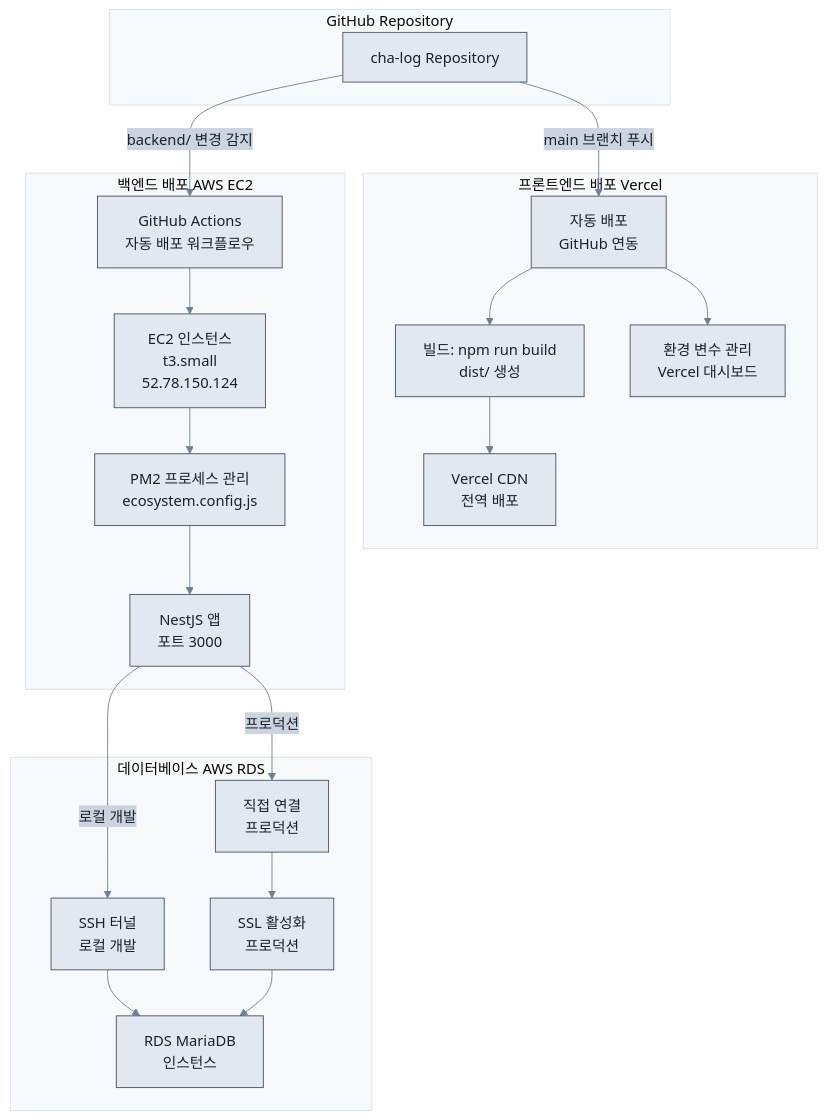
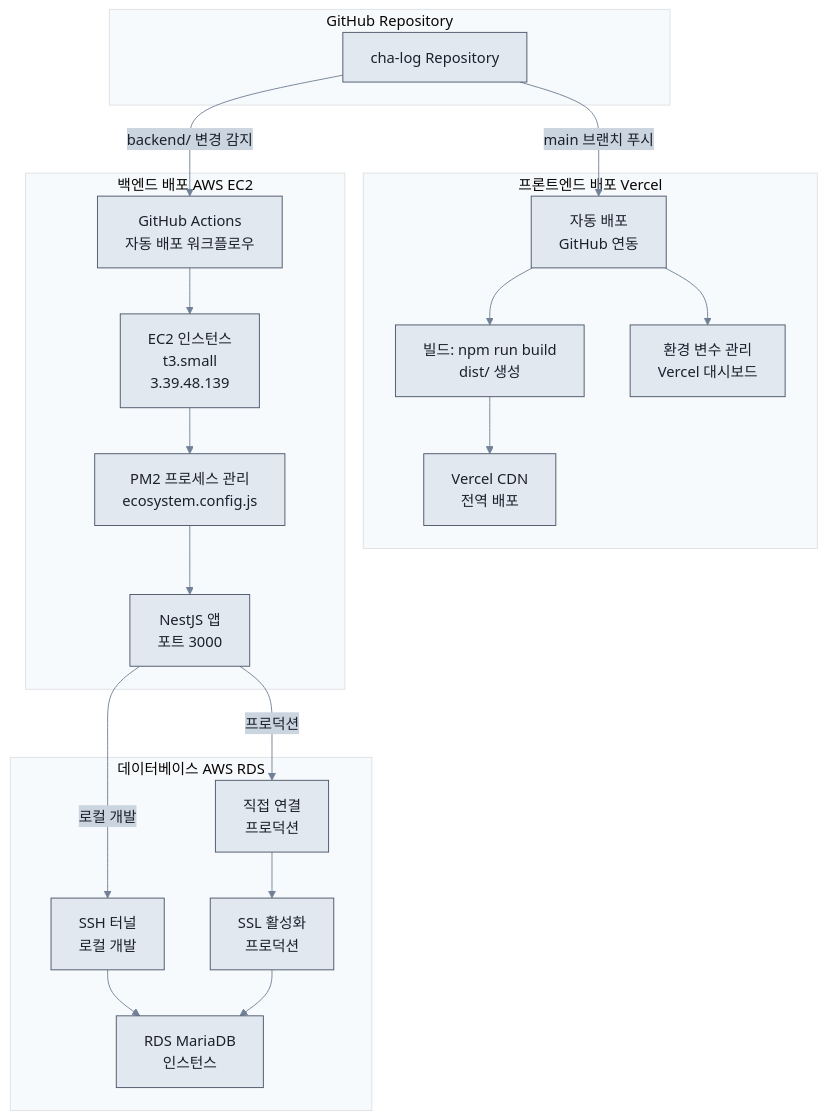
One commit to FLYLIKEB/ChaLog changed the tenth of 11 diagrams in docs/architecture/SERVER_ARCHITECTURE.md. Above: the diagram before and after it, drawn with Mermaid. The commit also changed other lines of this file and 8 other files, not shown here.

````diff
--- a/docs/architecture/SERVER_ARCHITECTURE.md
+++ b/docs/architecture/SERVER_ARCHITECTURE.md
@@ -337,46 +337,46 @@
 ```mermaid
 %%{init: {'theme':'base', 'themeVariables': { 'primaryColor':'#e2e8f0', 'primaryTextColor':'#1a202c', 'primaryBorderColor':'#4a5568', 'lineColor':'#718096', 'secondaryColor':'#cbd5e0', 'tertiaryColor':'#f7fafc'}}}%%
 flowchart TB
     subgraph GitHub["GitHub Repository"]
         Repo["cha-log Repository"]
     end
 
     subgraph FrontendDeploy["프론트엔드 배포 Vercel"]
         VercelBuild["빌드: npm run build<br/>dist/ 생성"]
         VercelDeploy["자동 배포<br/>GitHub 연동"]
         VercelEnv["환경 변수 관리<br/>Vercel 대시보드"]
         VercelCDN["Vercel CDN<br/>전역 배포"]
     end
 
     subgraph BackendDeploy["백엔드 배포 AWS EC2"]
         GitHubActions["GitHub Actions<br/>자동 배포 워크플로우"]
-        EC2Instance["EC2 인스턴스<br/>t3.small<br/>52.78.150.124"]
+        EC2Instance["EC2 인스턴스<br/>t3.small<br/>3.39.48.139"]
         PM2["PM2 프로세스 관리<br/>ecosystem.config.js"]
         NestJSApp["NestJS 앱<br/>포트 3000"]
     end
 
     subgraph DatabaseDeploy["데이터베이스 AWS RDS"]
         RDSInstance["RDS MariaDB<br/>인스턴스"]
         SSHTunnel["SSH 터널<br/>로컬 개발"]
         DirectConnection["직접 연결<br/>프로덕션"]
         SSL["SSL 활성화<br/>프로덕션"]
     end
 
     Repo -->|main 브랜치 푸시| VercelDeploy
     Repo -->|backend/ 변경 감지| GitHubActions
     
     VercelDeploy --> VercelBuild
     VercelBuild --> VercelCDN
     VercelDeploy --> VercelEnv
     
     GitHubActions --> EC2Instance
     EC2Instance --> PM2
     PM2 --> NestJSApp
     
     NestJSApp -->|로컬 개발| SSHTunnel
     NestJSApp -->|프로덕션| DirectConnection
     SSHTunnel --> RDSInstance
     DirectConnection --> SSL
     SSL --> RDSInstance
 
 ```
````
